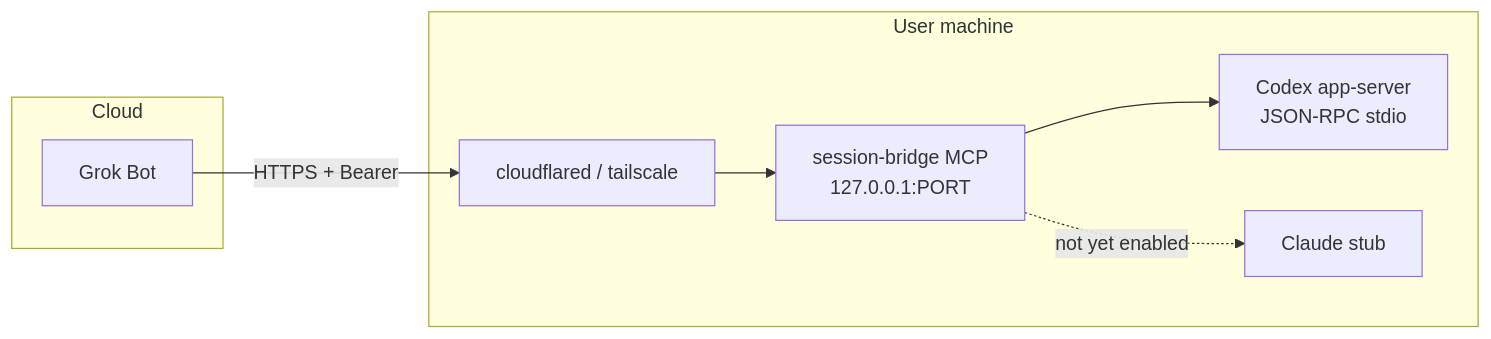
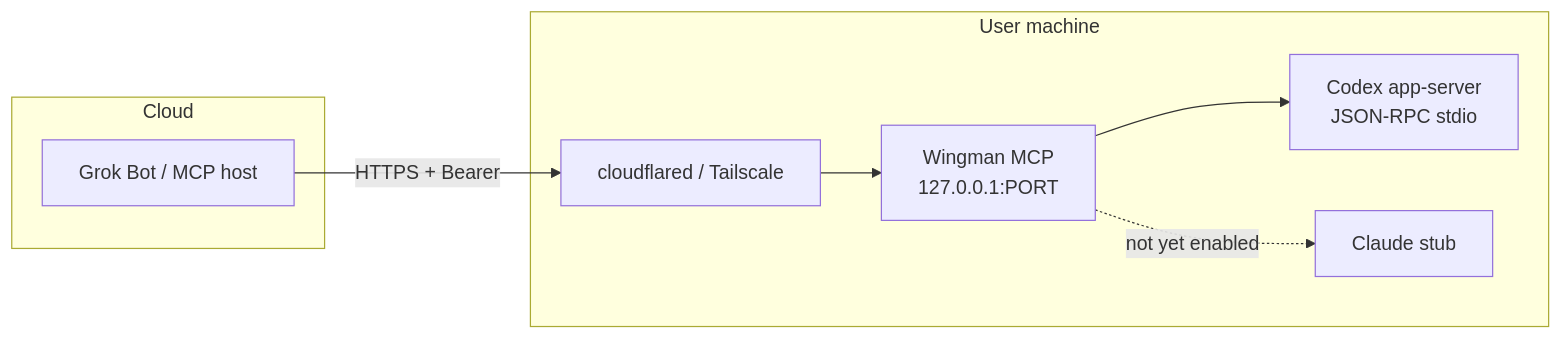
The diagram in README.md (juangurdian/wingman), drawn with Mermaid before and after one commit. The commit also changed other lines of this file and 11 other files, not shown here.

First line of the commit message:
Rebrand session-bridge to Wingman with community README.

````diff
--- a/README.md
+++ b/README.md
@@ -65,15 +77,15 @@
 ```mermaid
 flowchart LR
   subgraph cloud [Cloud]
-    Grok[Grok Bot]
+    Grok[Grok Bot / MCP host]
   end
   subgraph user [User machine]
-    Tunnel[cloudflared / tailscale]
-    Bridge[session-bridge MCP\n127.0.0.1:PORT]
+    Tunnel[cloudflared / Tailscale]
+    Bridge[Wingman MCP\n127.0.0.1:PORT]
     Codex[Codex app-server\nJSON-RPC stdio]
     Claude[Claude stub]
   end
   Grok -->|HTTPS + Bearer| Tunnel --> Bridge
   Bridge --> Codex
   Bridge -.->|not yet enabled| Claude
 ```
````
